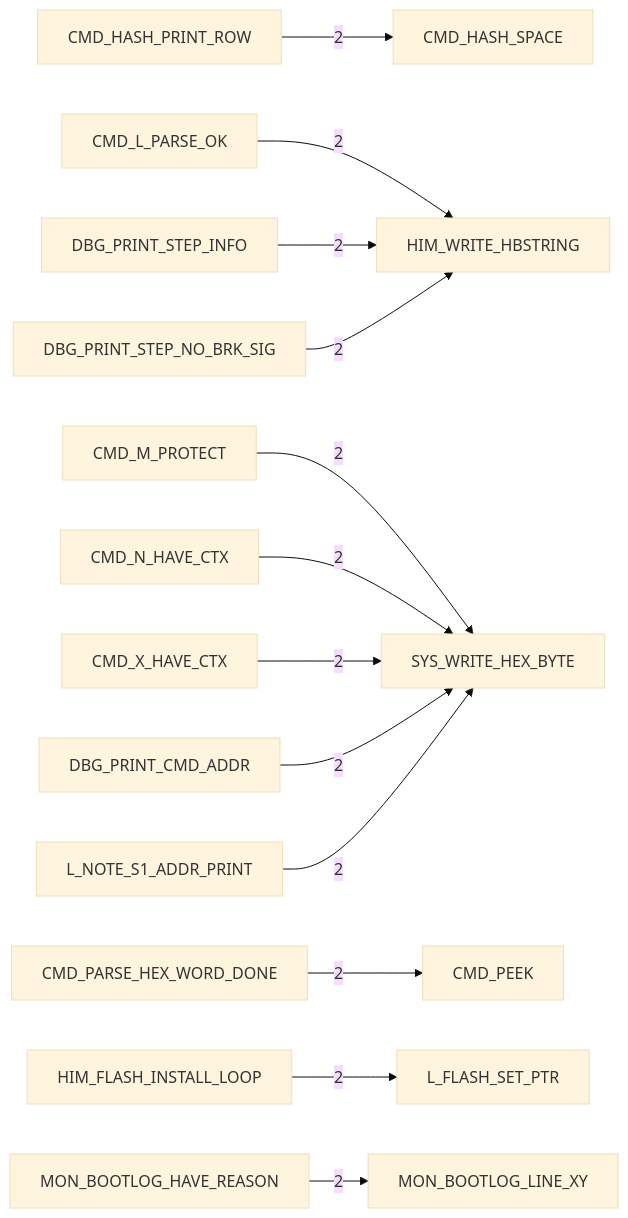
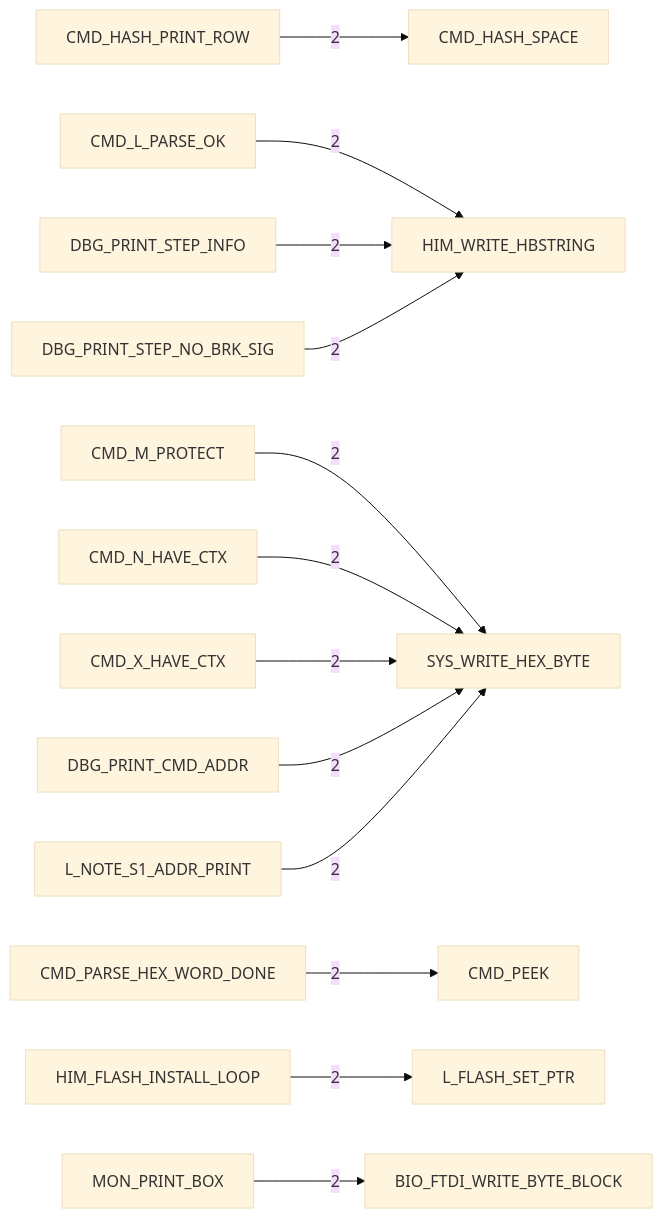
The fourth of 6 diagrams in DOC/GENERATED/HIMON_COMMAND_MAP.md (95westus/R-YORS), drawn with Mermaid (base theme) before and after one commit. The commit also changed other lines of this file and 42 other files, not shown here.

````diff
--- a/DOC/GENERATED/HIMON_COMMAND_MAP.md
+++ b/DOC/GENERATED/HIMON_COMMAND_MAP.md
@@ -60,15 +60,15 @@
 ```mermaid
 flowchart LR
     N_CMD_HASH_PRINT_ROW[CMD_HASH_PRINT_ROW] -->|2| N_CMD_HASH_SPACE[CMD_HASH_SPACE]
     N_CMD_L_PARSE_OK[CMD_L_PARSE_OK] -->|2| N_HIM_WRITE_HBSTRING[HIM_WRITE_HBSTRING]
     N_CMD_M_PROTECT[CMD_M_PROTECT] -->|2| N_SYS_WRITE_HEX_BYTE[SYS_WRITE_HEX_BYTE]
     N_CMD_N_HAVE_CTX[CMD_N_HAVE_CTX] -->|2| N_SYS_WRITE_HEX_BYTE[SYS_WRITE_HEX_BYTE]
     N_CMD_PARSE_HEX_WORD_DONE[CMD_PARSE_HEX_WORD_DONE] -->|2| N_CMD_PEEK[CMD_PEEK]
     N_CMD_X_HAVE_CTX[CMD_X_HAVE_CTX] -->|2| N_SYS_WRITE_HEX_BYTE[SYS_WRITE_HEX_BYTE]
     N_DBG_PRINT_CMD_ADDR[DBG_PRINT_CMD_ADDR] -->|2| N_SYS_WRITE_HEX_BYTE[SYS_WRITE_HEX_BYTE]
     N_DBG_PRINT_STEP_INFO[DBG_PRINT_STEP_INFO] -->|2| N_HIM_WRITE_HBSTRING[HIM_WRITE_HBSTRING]
     N_DBG_PRINT_STEP_NO_BRK_SIG[DBG_PRINT_STEP_NO_BRK_SIG] -->|2| N_HIM_WRITE_HBSTRING[HIM_WRITE_HBSTRING]
     N_HIM_FLASH_INSTALL_LOOP[HIM_FLASH_INSTALL_LOOP] -->|2| N_L_FLASH_SET_PTR[L_FLASH_SET_PTR]
     N_L_NOTE_S1_ADDR_PRINT[L_NOTE_S1_ADDR_PRINT] -->|2| N_SYS_WRITE_HEX_BYTE[SYS_WRITE_HEX_BYTE]
-    N_MON_BOOTLOG_HAVE_REASON[MON_BOOTLOG_HAVE_REASON] -->|2| N_MON_BOOTLOG_LINE_XY[MON_BOOTLOG_LINE_XY]
+    N_MON_PRINT_BOX[MON_PRINT_BOX] -->|2| N_BIO_FTDI_WRITE_BYTE_BLOCK[BIO_FTDI_WRITE_BYTE_BLOCK]
 ```
````
